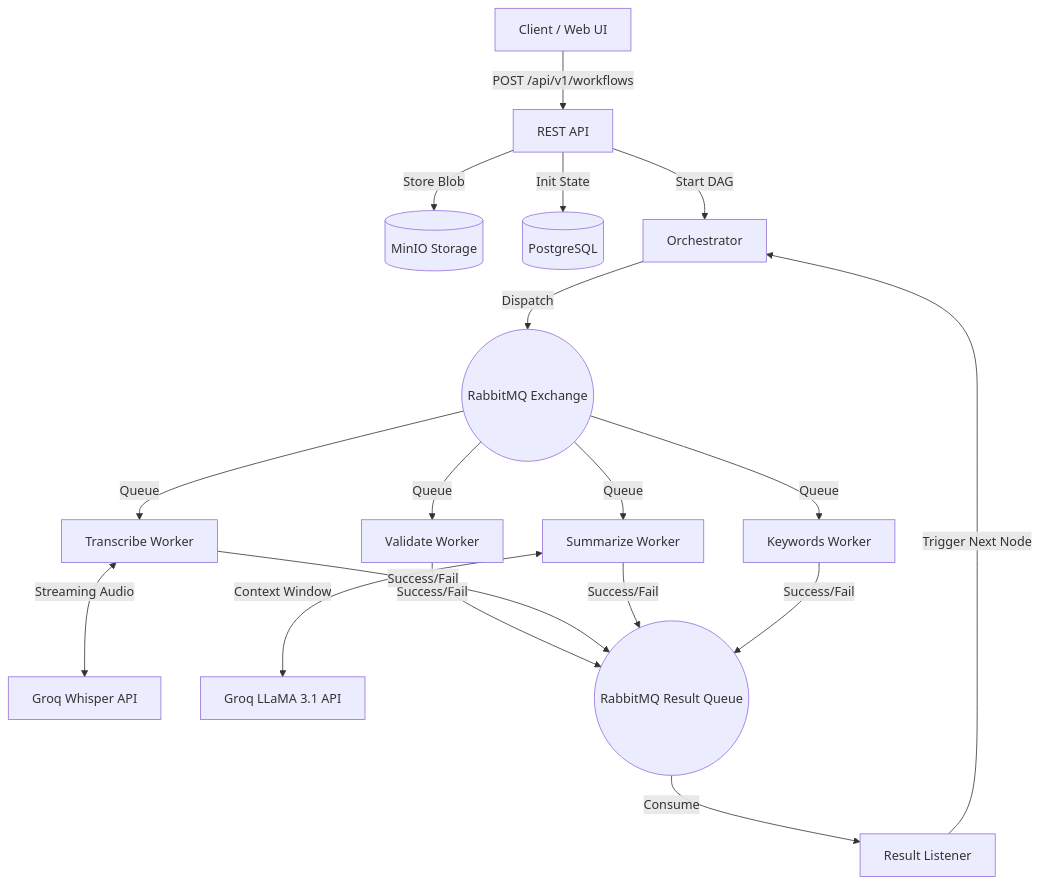
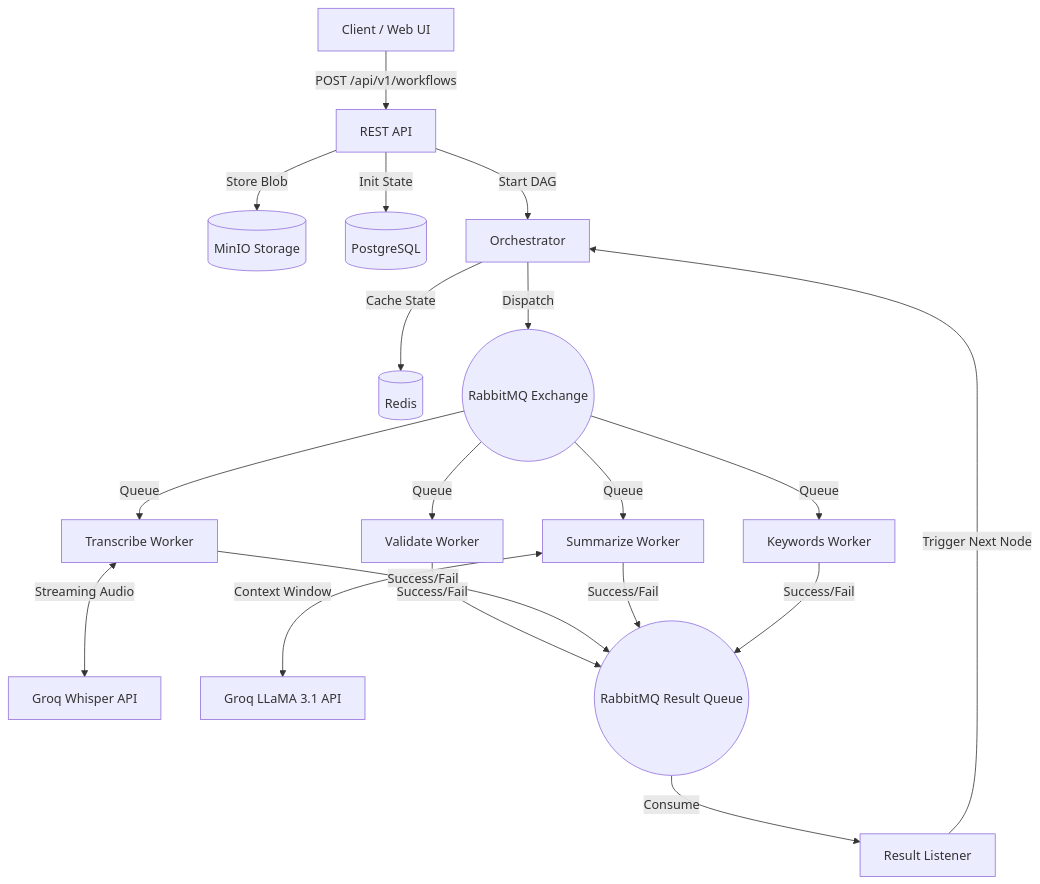
Before and after one commit to devarshganatra/audio-workflow-orchestration: the first of 5 diagrams in README.md, drawn with Mermaid. The commit also changed other lines of this file and 2 other files, not shown here.

````diff
--- a/README.md
+++ b/README.md
@@ -11,25 +22,26 @@
 ```mermaid
 graph TD
     Client[Client / Web UI] -->|POST /api/v1/workflows| API[REST API]
     API -->|Store Blob| MinIO[(MinIO Storage)]
     API -->|Init State| DB[(PostgreSQL)]
     API -->|Start DAG| Orch[Orchestrator]
     
+    Orch -->|Cache State| Redis[(Redis)]
     Orch -->|Dispatch| RMQ((RabbitMQ Exchange))
     
     RMQ -->|Queue| W_Val[Validate Worker]
     RMQ -->|Queue| W_Trans[Transcribe Worker]
     RMQ -->|Queue| W_Summ[Summarize Worker]
     RMQ -->|Queue| W_Key[Keywords Worker]
     
     W_Trans <-->|Streaming Audio| Groq1[Groq Whisper API]
     W_Summ <-->|Context Window| Groq2[Groq LLaMA 3.1 API]
     
     W_Val -->|Success/Fail| ResultQ((RabbitMQ Result Queue))
     W_Trans -->|Success/Fail| ResultQ
     W_Summ -->|Success/Fail| ResultQ
     W_Key -->|Success/Fail| ResultQ
     
     ResultQ -->|Consume| Listener[Result Listener]
     Listener -->|Trigger Next Node| Orch
 ```
````
